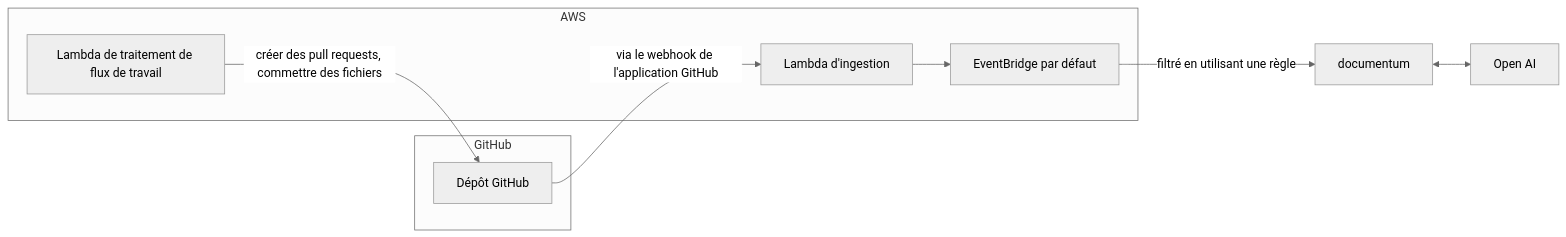
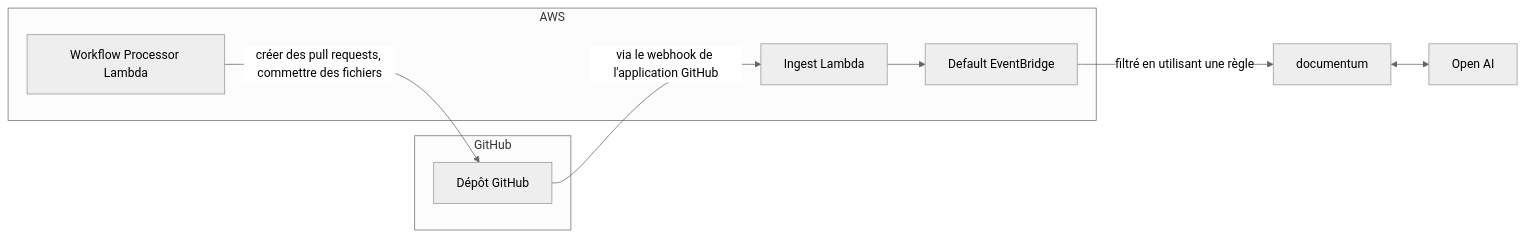
The diagram in README.fr.md (todoengineering/EvergreenDocs), drawn with Mermaid (neutral theme) before and after one commit. The commit also changed other lines of this file, not shown here.

````diff
--- a/README.fr.md
+++ b/README.fr.md
@@ -88,18 +88,18 @@
 ```mermaid
 graph LR
   subgraph GitHub
     githubRepo[Dépôt GitHub]
   end
 
   subgraph AWS
-    ingest[Lambda d'ingestion]
-    defaultEventBridge[EventBridge par défaut]
-    workflowProcessor[Lambda de traitement de flux de travail]
+    ingest[Ingest Lambda]
+    defaultEventBridge[Default EventBridge]
+    workflowProcessor[Workflow Processor Lambda]
   end
 
   openAi[Open AI]
 
 
   githubRepo -- via le webhook de l'application GitHub --> ingest --> defaultEventBridge -- filtré en utilisant une règle --> documentum <--> openAi
   workflowProcessor -- créer des pull requests, commettre des fichiers --> githubRepo
 ```
````
